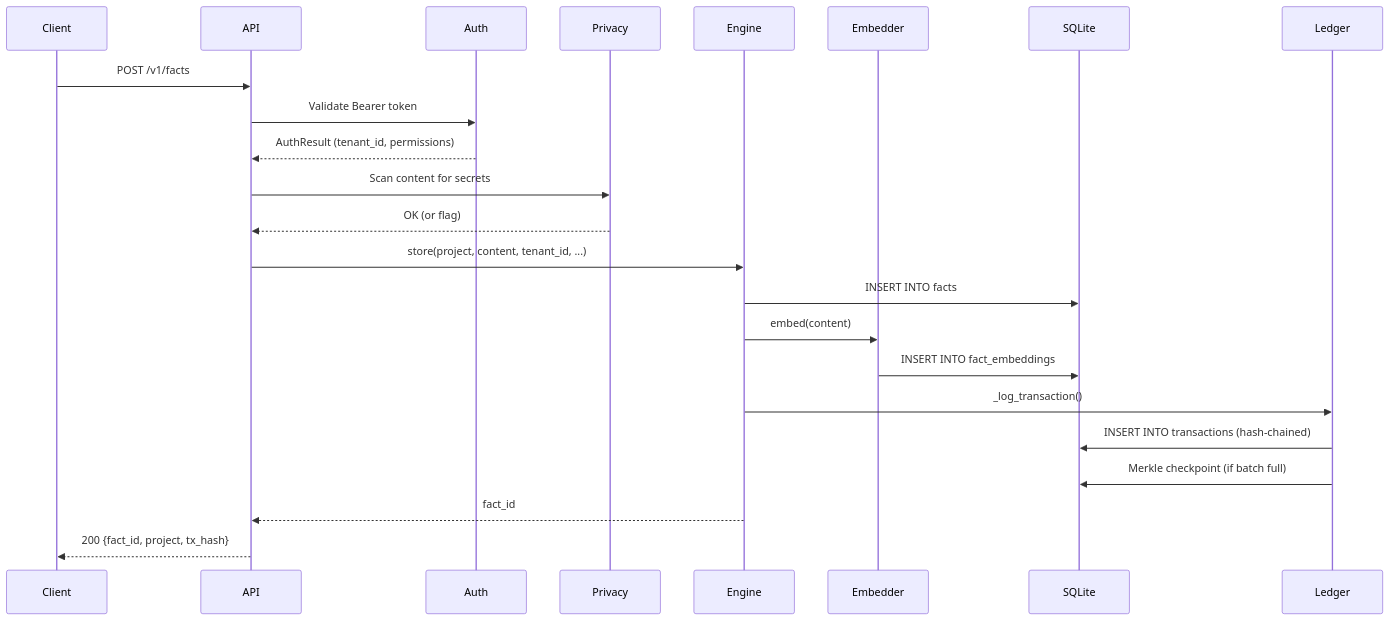
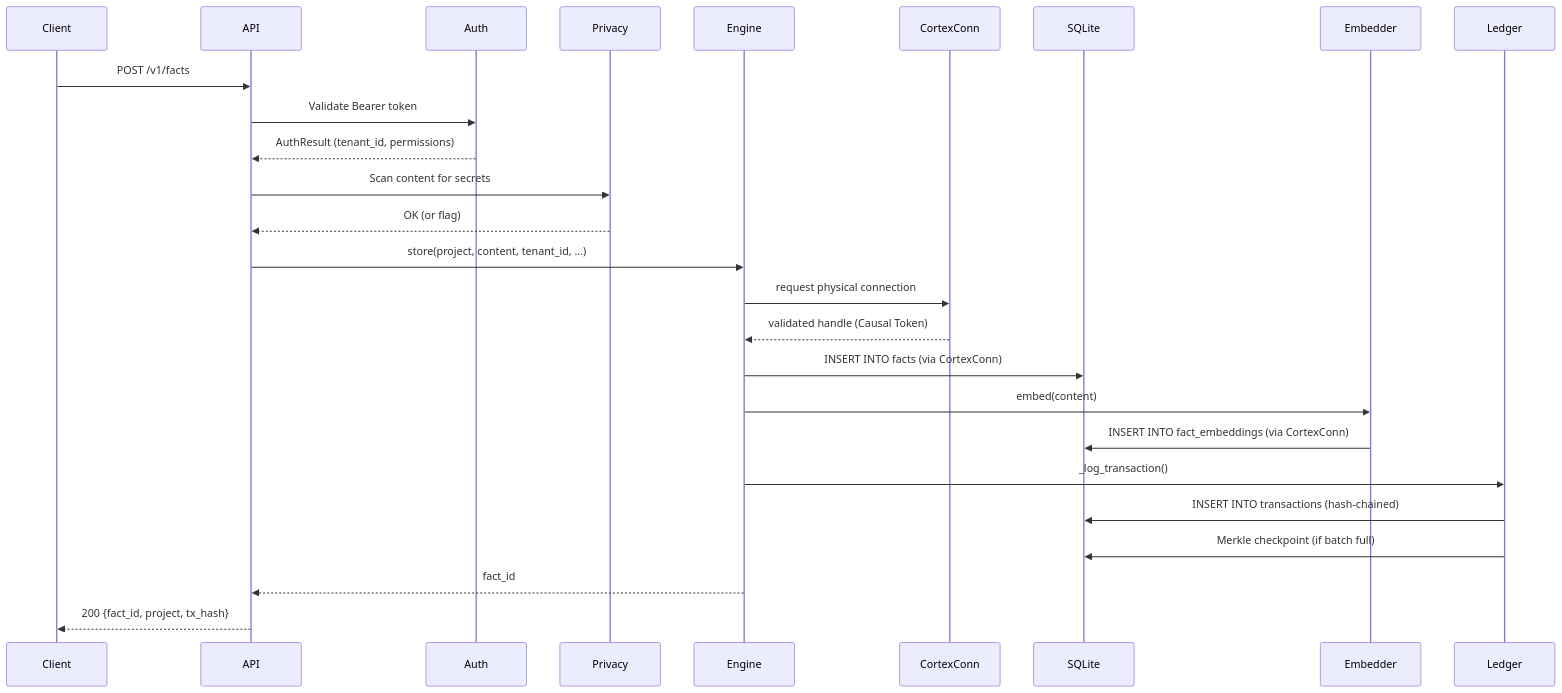
One commit to borjamoskv/babylon-60 changed the second of 5 diagrams in docs/architecture/ARCHITECTURE.md. Above: the diagram before and after it, drawn with Mermaid. The commit also changed other lines of this file, not shown here.

Commit message:
[bridge] refactor(docs): align architecture with Zero Bypass Theorem (MTK v2)

````diff
--- a/docs/architecture/ARCHITECTURE.md
+++ b/docs/architecture/ARCHITECTURE.md
@@ -289,26 +289,29 @@
 ```mermaid
 sequenceDiagram
     participant Client
     participant API
     participant Auth
     participant Privacy
     participant Engine
+    participant CortexConn
+    participant SQLite
     participant Embedder
-    participant SQLite
     participant Ledger
 
     Client->>API: POST /v1/facts
     API->>Auth: Validate Bearer token
     Auth-->>API: AuthResult (tenant_id, permissions)
     API->>Privacy: Scan content for secrets
     Privacy-->>API: OK (or flag)
     API->>Engine: store(project, content, tenant_id, ...)
-    Engine->>SQLite: INSERT INTO facts
+    Engine->>CortexConn: request physical connection
+    CortexConn-->>Engine: validated handle (Causal Token)
+    Engine->>SQLite: INSERT INTO facts (via CortexConn)
     Engine->>Embedder: embed(content)
-    Embedder->>SQLite: INSERT INTO fact_embeddings
+    Embedder->>SQLite: INSERT INTO fact_embeddings (via CortexConn)
     Engine->>Ledger: _log_transaction()
     Ledger->>SQLite: INSERT INTO transactions (hash-chained)
     Ledger->>SQLite: Merkle checkpoint (if batch full)
     Engine-->>API: fact_id
     API-->>Client: 200 {fact_id, project, tx_hash}
 ```
````
